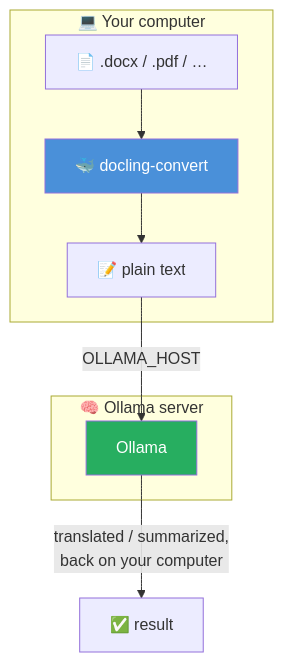
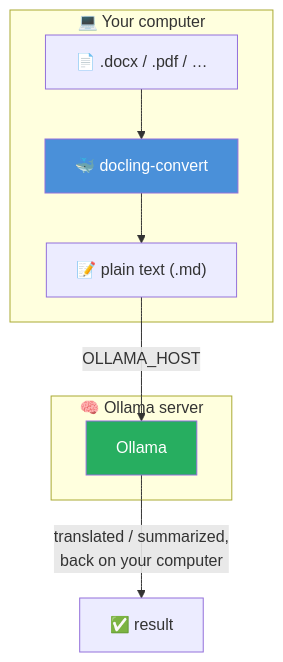
The diagram in blog/2026/09/21/ollama-ai-docs/index.md (cavo789/blog), drawn with Mermaid before and after one commit. The commit also changed other lines of this file and 67 other files, not shown here.

````diff
--- a/blog/2026/09/21/ollama-ai-docs/index.md
+++ b/blog/2026/09/21/ollama-ai-docs/index.md
@@ -91,17 +91,17 @@
 ```mermaid
 flowchart TD
     subgraph C["💻 Your computer"]
         F["📄 .docx / .pdf / …"] --> D["🐳 docling-convert"]
-        D --> T["📝 plain text"]
+        D --> T["📝 plain text (.md)"]
     end
 
     subgraph S["🧠 Ollama server"]
         O["Ollama"]
     end
 
     T -->|OLLAMA_HOST| O
     O -->|"translated / summarized,\nback on your computer"| R["✅ result"]
 
     style D fill:#4a90d9,color:#fff
     style O fill:#27ae60,color:#fff
 ```
````
